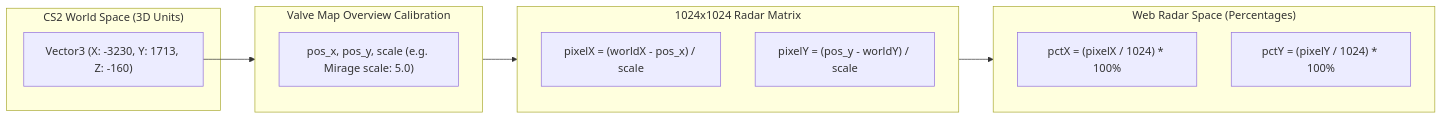
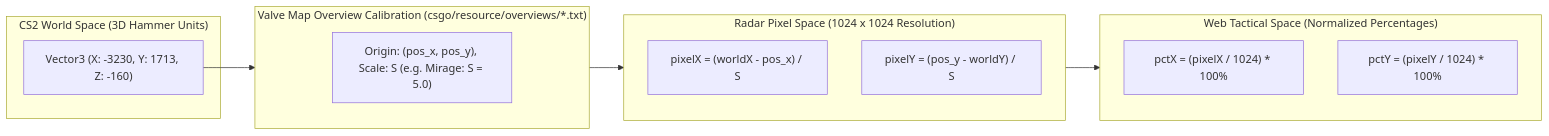
One commit to IAndrexI/documentation changed the first of 2 diagrams in docs/apps/cs2nades/physics.md. Above: the diagram before and after it, drawn with Mermaid. The commit also changed other lines of this file and 14 other files, not shown here.

````diff
--- a/docs/apps/cs2nades/physics.md
+++ b/docs/apps/cs2nades/physics.md
@@ -7,24 +14,24 @@
 ```mermaid
 graph LR
-    subgraph ValveWorld["CS2 World Space (3D Units)"]
+    subgraph ValveWorldSpace["CS2 World Space (3D Hammer Units)"]
         WorldCoord["Vector3 (X: -3230, Y: 1713, Z: -160)"]
     end
 
-    subgraph CalibrationConfig["Valve Map Overview Calibration"]
-        Config["pos_x, pos_y, scale (e.g. Mirage scale: 5.0)"]
+    subgraph MapOverviewCalibration["Valve Map Overview Calibration (csgo/resource/overviews/*.txt)"]
+        Config["Origin: (pos_x, pos_y), Scale: S (e.g. Mirage: S = 5.0)"]
     end
 
-    subgraph PixelTransform["1024x1024 Radar Matrix"]
-        PixelX["pixelX = (worldX - pos_x) / scale"]
-        PixelY["pixelY = (pos_y - worldY) / scale"]
+    subgraph PixelMatrix["Radar Pixel Space (1024 x 1024 Resolution)"]
+        PixelX["pixelX = (worldX - pos_x) / S"]
+        PixelY["pixelY = (pos_y - worldY) / S"]
     end
 
-    subgraph WebNormalized["Web Radar Space (Percentages)"]
+    subgraph WebRadarPercentage["Web Tactical Space (Normalized Percentages)"]
         PctX["pctX = (pixelX / 1024) * 100%"]
         PctY["pctY = (pixelY / 1024) * 100%"]
     end
 
-    WorldCoord --> CalibrationConfig
-    CalibrationConfig --> PixelTransform
-    PixelTransform --> WebNormalized
+    WorldCoord --> MapOverviewCalibration
+    MapOverviewCalibration --> PixelMatrix
+    PixelMatrix --> WebRadarPercentage
 ```
````
